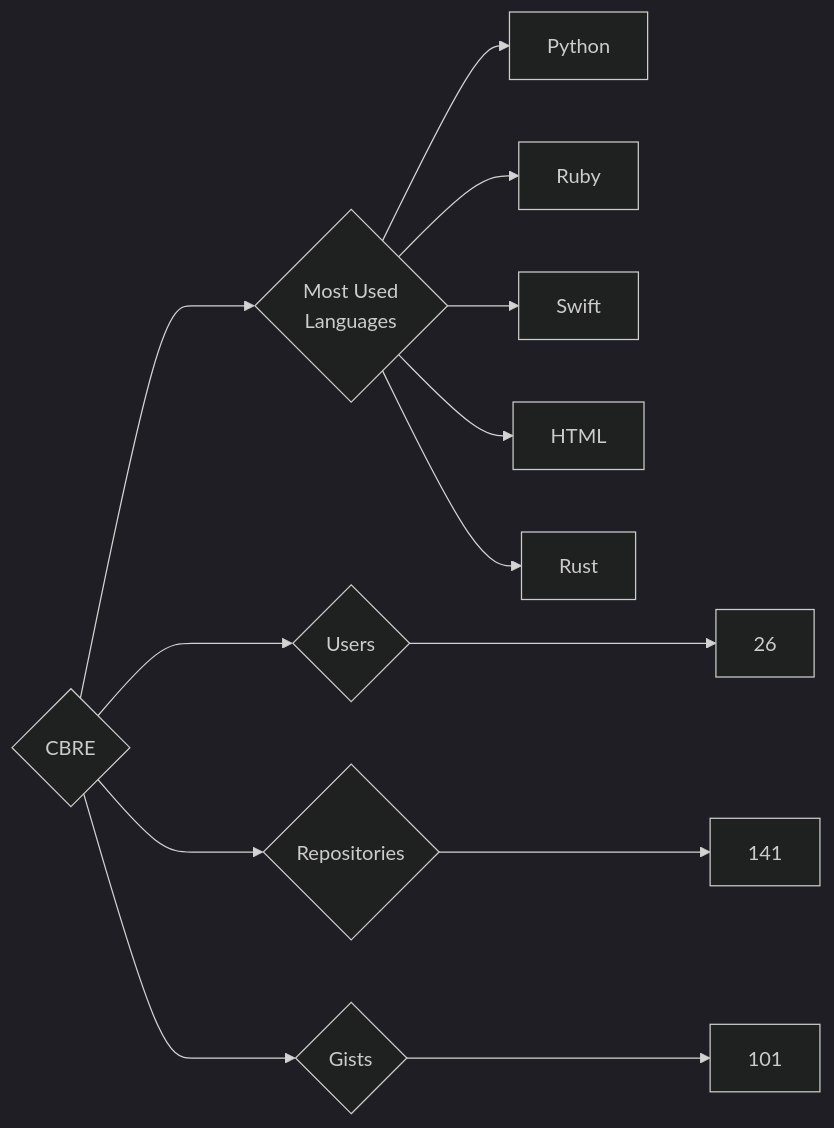
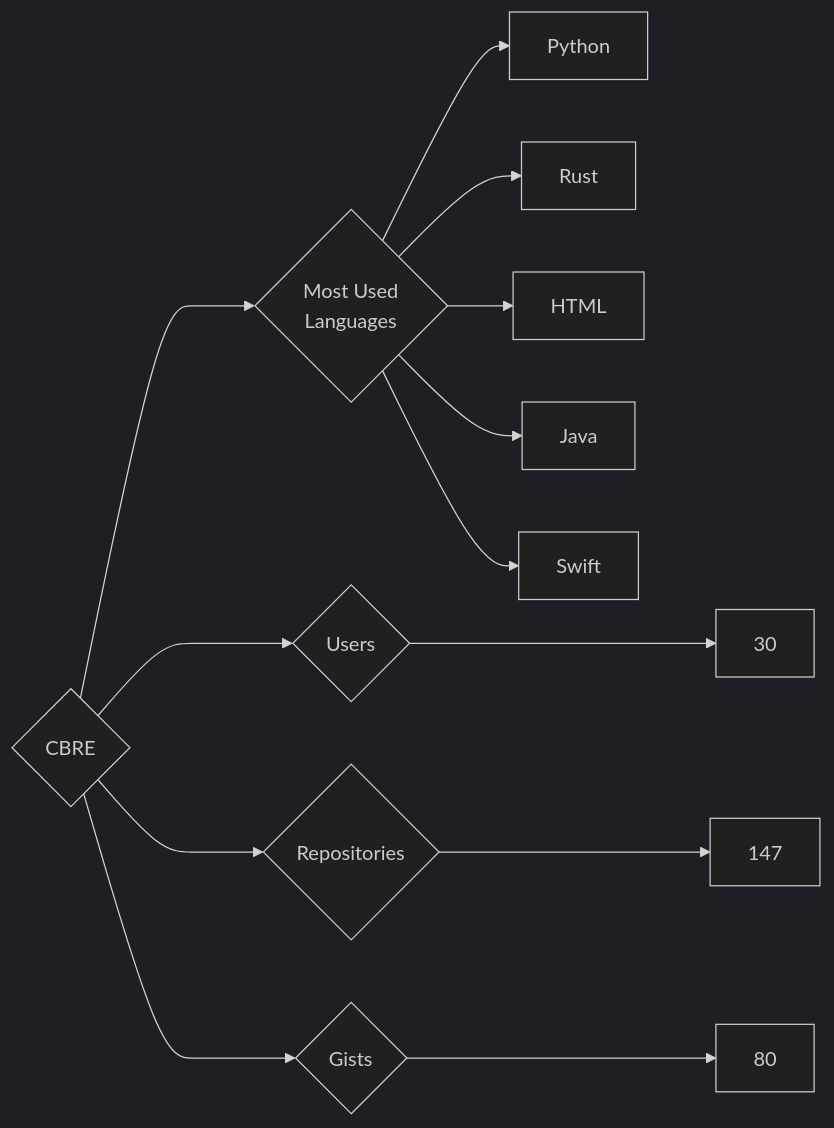
One commit to trickest/insiders changed the diagram in targets/CBRE/README.md. Above: the diagram before and after it, drawn with Mermaid (dark theme). The commit also changed 775 other files, not shown here.

````diff
--- a/targets/CBRE/README.md
+++ b/targets/CBRE/README.md
@@ -3,13 +3,13 @@
 ```mermaid
 graph LR
 COMPANY_NAME{CBRE}
-COMPANY_NAME ---> U{Users} ---> UN[26]
-COMPANY_NAME ---> R{Repositories} ---> RN[141]
-COMPANY_NAME ---> G{Gists} ---> GN[101]
+COMPANY_NAME ---> U{Users} ---> UN[30]
+COMPANY_NAME ---> R{Repositories} ---> RN[147]
+COMPANY_NAME ---> G{Gists} ---> GN[80]
 COMPANY_NAME ---> ML{Most Used<br>Languages}
 ML --> Python[Python]
-ML --> Ruby[Ruby]
+ML --> Rust[Rust]
+ML --> HTML[HTML]
+ML --> Java[Java]
 ML --> Swift[Swift]
-ML --> HTML[HTML]
-ML --> Rust[Rust]
 ```
````
